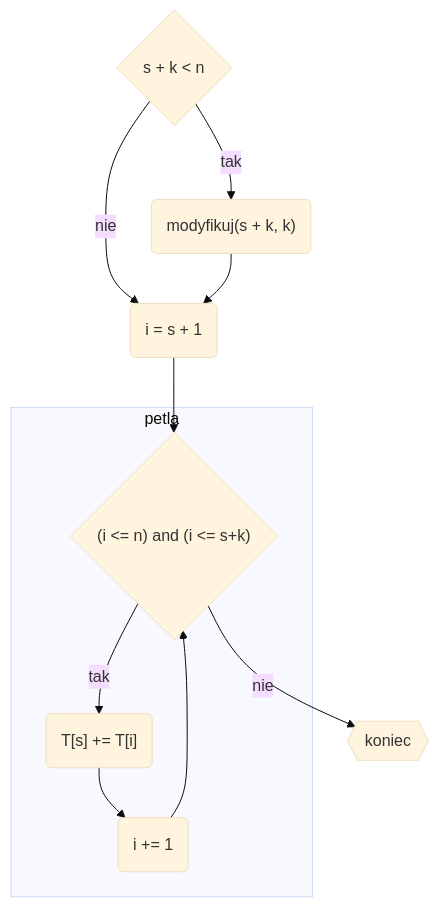
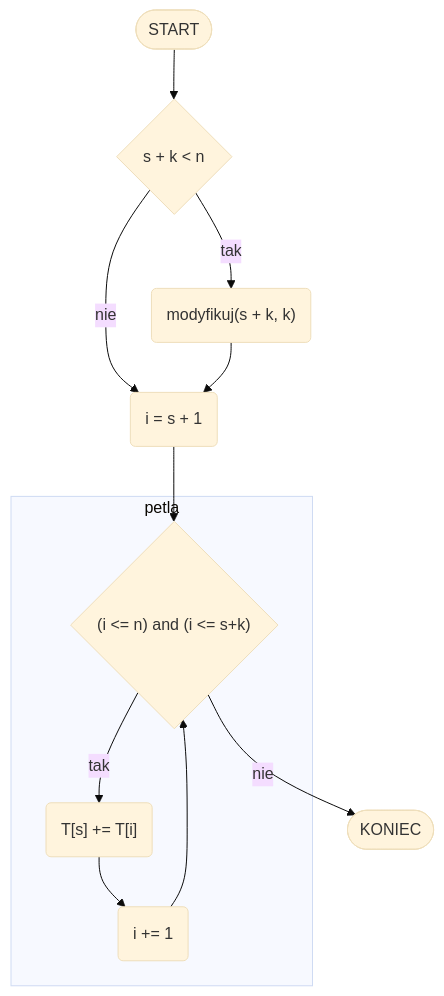
The diagram in 2022-03-24/zadanie2.md (nlo-edu-pl/2021-nlo-inf), drawn with Mermaid (base theme) before and after one commit.

Commit message:
kształt

````diff
--- a/2022-03-24/zadanie2.md
+++ b/2022-03-24/zadanie2.md
@@ -4,25 +4,27 @@
 ```mermaid
 graph TD
+    start(["START"]);
     cond1{s + k < n};
     inst1("modyfikuj(s + k, k)")
     inst2("i = s + 1")
-
     cond2{"(i <= n) and (i <= s+k)"};
     inst3("T[s] += T[i]");
     inst4("i += 1");
-    END{{koniec}};
+    theend(["KONIEC"]);
+
+    start --> cond1;
 
     cond1 -- "tak" --> inst1;
     cond1 -- "nie" --> inst2;
     inst1 --> inst2;
     inst2 --> cond2;
     
     subgraph loop1 [petla];
     cond2;
     cond2 -- "tak" --> inst3;
     inst3 --> inst4;
     inst4 --> cond2;
     end;
 
-    cond2 -- "nie" --> END;
+    cond2 -- "nie" --> theend;
 ```
````
